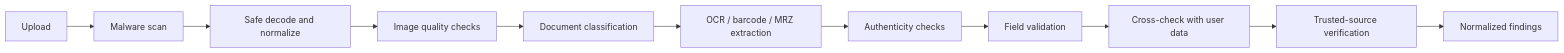
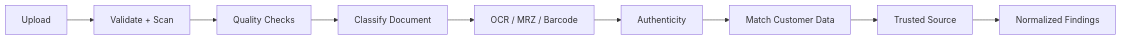
One commit to AvadhBhalodiya/Interview-Preparation changed the fifth of 9 diagrams in src/content/system-design/kyc-pipeline.md. Above: the diagram before and after it, drawn with Mermaid. The commit also changed other lines of this file and 54 other files, not shown here.

````diff
--- a/src/content/system-design/kyc-pipeline.md
+++ b/src/content/system-design/kyc-pipeline.md
@@ -530,13 +442,11 @@
 ```mermaid
 flowchart LR
-    UPLOAD[Upload] --> SCAN[Malware scan]
-    SCAN --> DECODE[Safe decode and normalize]
-    DECODE --> QUALITY[Image quality checks]
-    QUALITY --> CLASSIFY[Document classification]
-    CLASSIFY --> EXTRACT[OCR / barcode / MRZ extraction]
-    EXTRACT --> AUTH[Authenticity checks]
-    AUTH --> VALIDATE[Field validation]
-    VALIDATE --> CROSS[Cross-check with user data]
-    CROSS --> SOURCE[Trusted-source verification]
-    SOURCE --> FINDINGS[Normalized findings]
+    UP[Upload] --> SAFE[Validate + Scan]
+    SAFE --> QUAL[Quality Checks]
+    QUAL --> TYPE[Classify Document]
+    TYPE --> EX[OCR / MRZ / Barcode]
+    EX --> AUTH[Authenticity]
+    AUTH --> MATCH[Match Customer Data]
+    MATCH --> SOURCE[Trusted Source]
+    SOURCE --> F[Normalized Findings]
 ```
````
